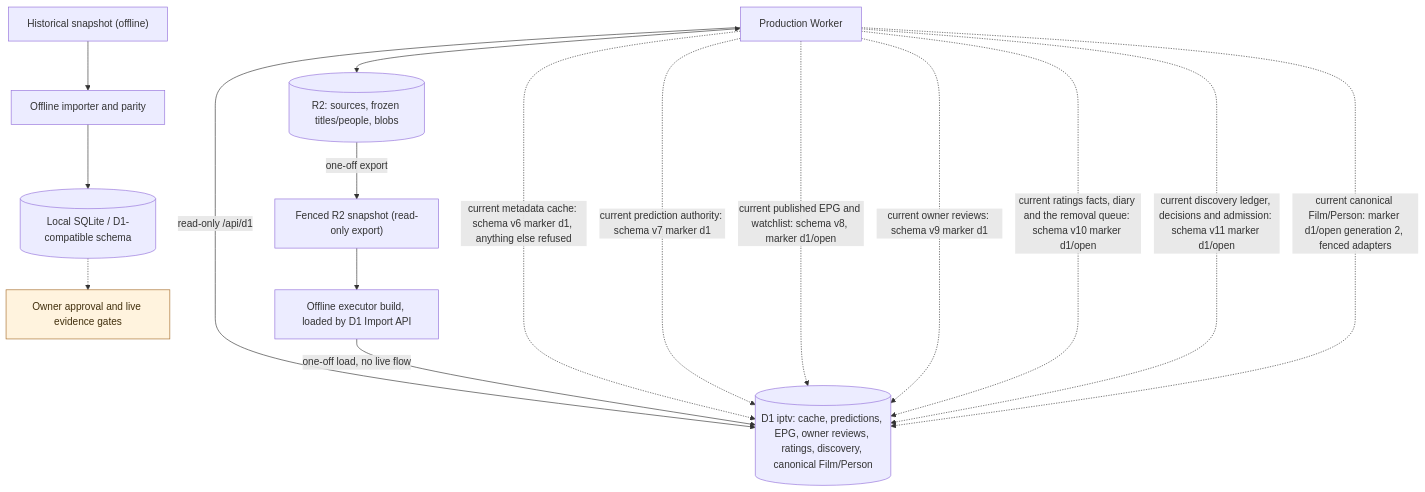
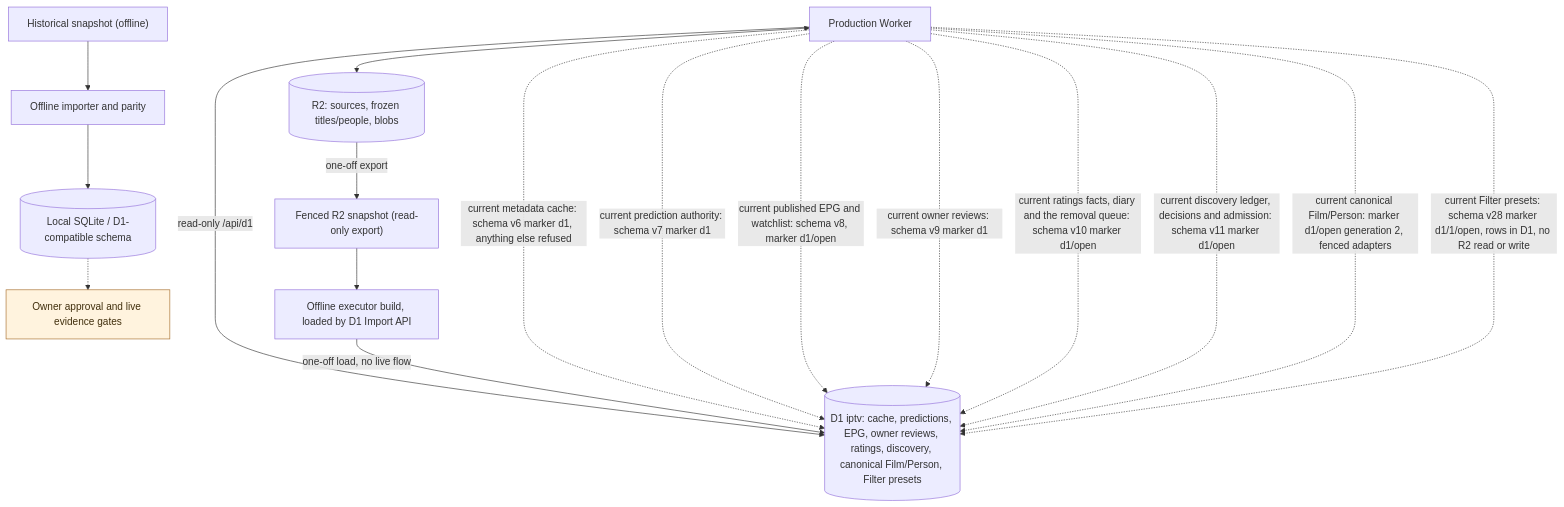
One commit to vladimino/iptv-watchlist changed the diagram in docs/architecture/persistence-and-migration.md. Above: the diagram before and after it, drawn with Mermaid. The commit also changed other lines of this file and 4 other files, not shown here.

First line of the commit message:
docs(d1): address AIR-549 cutover evidence review (Mermaid, chronology, provenance, index)

````diff
--- a/docs/architecture/persistence-and-migration.md
+++ b/docs/architecture/persistence-and-migration.md
@@ -7,26 +7,27 @@
 ```mermaid
 flowchart TD
     worker["Production Worker"]
     r2[("R2: sources, frozen titles/people, blobs")]
     archive["Historical snapshot (offline)"]
     importer["Offline importer and parity"]
     local[("Local SQLite / D1-compatible schema")]
     gate["Owner approval and live evidence gates"]
     snapshot["Fenced R2 snapshot (read-only export)"]
     reload["Offline executor build, loaded by D1 Import API"]
-    d1[("D1 iptv: cache, predictions, EPG, owner reviews, ratings, discovery, canonical Film/Person")]
+    d1[("D1 iptv: cache, predictions, EPG, owner reviews, ratings, discovery, canonical Film/Person, Filter presets")]
     worker <--> r2
     worker -->|read-only /api/d1| d1
     archive --> importer --> local
     local -.-> gate
     r2 -->|one-off export| snapshot --> reload -->|one-off load, no live flow| d1
     worker -.->|current metadata cache: schema v6 marker d1, anything else refused| d1
     worker -.->|current prediction authority: schema v7 marker d1| d1
     worker -.->|current published EPG and watchlist: schema v8, marker d1/open| d1
     worker -.->|current owner reviews: schema v9 marker d1| d1
     worker -.->|current ratings facts, diary and the removal queue: schema v10 marker d1/open| d1
     worker -.->|current discovery ledger, decisions and admission: schema v11 marker d1/open| d1
     worker -.->|current canonical Film/Person: marker d1/open generation 2, fenced adapters| d1
+    worker -.->|current Filter presets: schema v28 marker d1/1/open, rows in D1, no R2 read or write| d1
     classDef future fill:#fff3de,stroke:#a56c2b,color:#42300e
     class gate future
 ```
````
